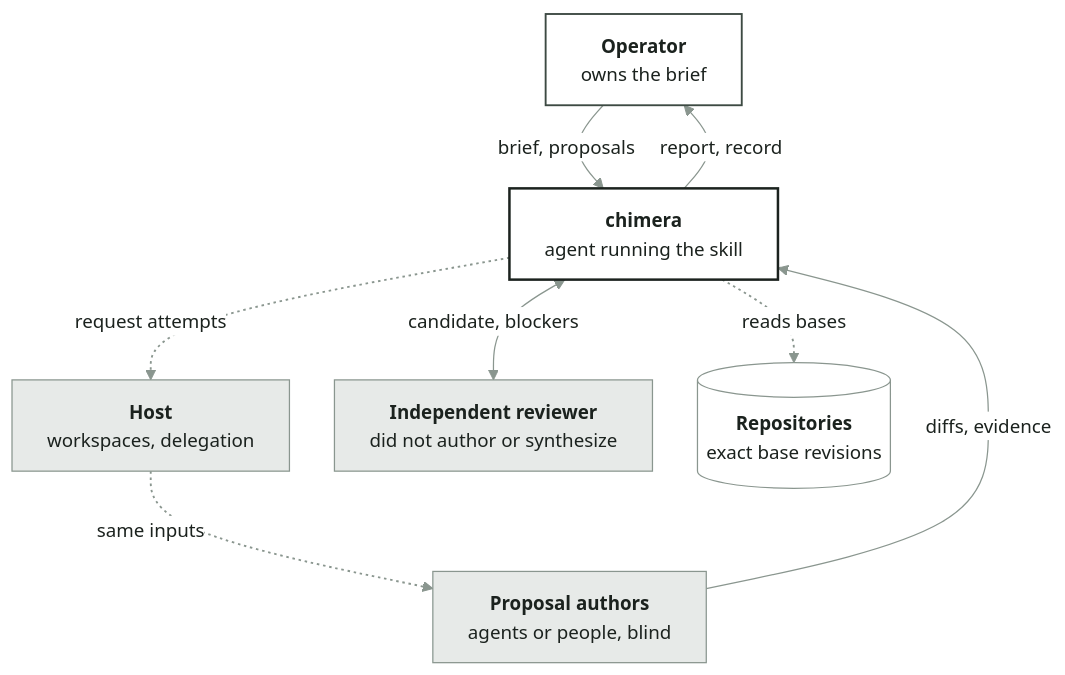
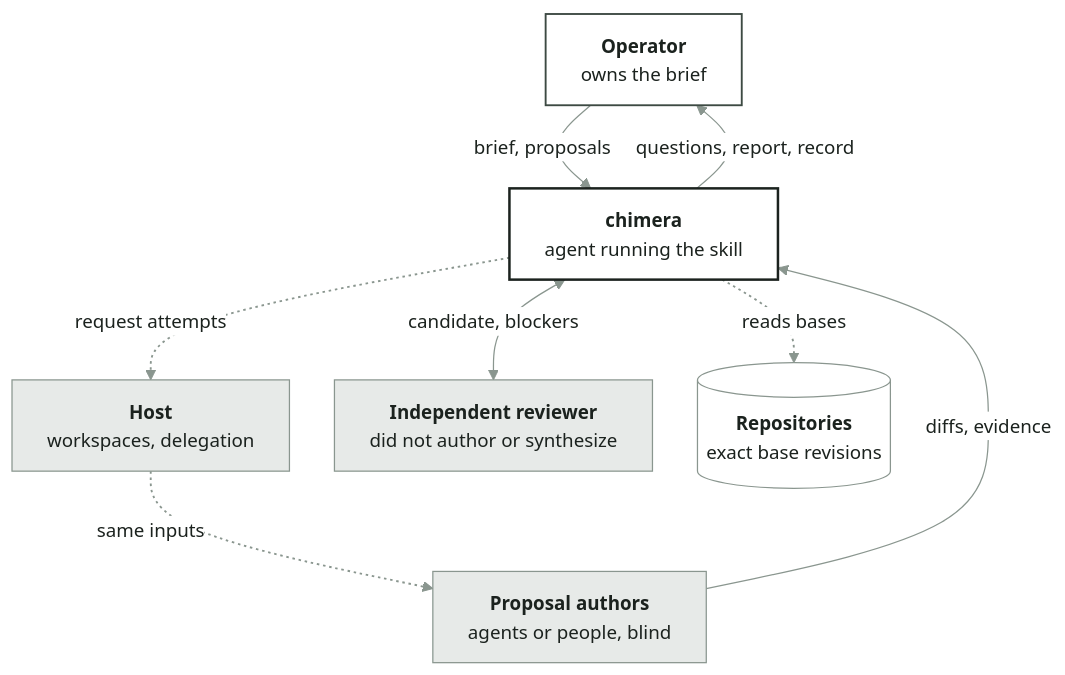
One commit to Gamebreack/Chimera changed the second of 3 diagrams in flow-map.md. Above: the diagram before and after it, drawn with Mermaid. The commit also changed other lines of this file and 5 other files, not shown here.

````diff
--- a/flow-map.md
+++ b/flow-map.md
@@ -98,31 +98,31 @@
 ```mermaid
 %%{init: {"theme":"base","themeVariables":{"fontFamily":"system-ui, -apple-system, Segoe UI, sans-serif","fontSize":"15px","primaryTextColor":"#1b221e","lineColor":"#8a968f","edgeLabelBackground":"#ffffff"},"flowchart":{"curve":"basis","nodeSpacing":36,"rankSpacing":44,"padding":14,"htmlLabels":true}}}%%
 flowchart TD
     OP["<b>Operator</b><br/>owns the brief"]
     AU["<b>Proposal authors</b><br/>agents or people, blind"]
     HA["<b>Host</b><br/>workspaces, delegation"]
     CH["<b>chimera</b><br/>agent running the skill"]
     RV["<b>Independent reviewer</b><br/>did not author or synthesize"]
     RE[("<b>Repositories</b><br/>exact base revisions")]
 
     OP -->|"brief, proposals"| CH
-    CH -->|"report, record"| OP
+    CH -->|"questions, report, record"| OP
     AU -->|"diffs, evidence"| CH
     %% 3: optional
     CH -.->|"request attempts"| HA
     %% 4: optional
     HA -.->|"same inputs"| AU
     %% 5: optional
     CH -.->|"reads bases"| RE
     CH <-->|"candidate, blockers"| RV
 
     classDef ext fill:#e7eae8,stroke:#8a968f,color:#1b221e
     classDef front fill:#ffffff,stroke:#3d4a43,color:#1b221e,stroke-width:1.5px
     classDef ours fill:#ffffff,stroke:#1b221e,color:#1b221e,stroke-width:2px
     classDef db fill:#ffffff,stroke:#8a968f,color:#1b221e
     class AU,HA,RV ext
     class OP front
     class CH ours
     class RE db
     linkStyle 3,4,5 stroke:#8a968f,stroke-width:1.5px,stroke-dasharray:2 3
 ```
````
